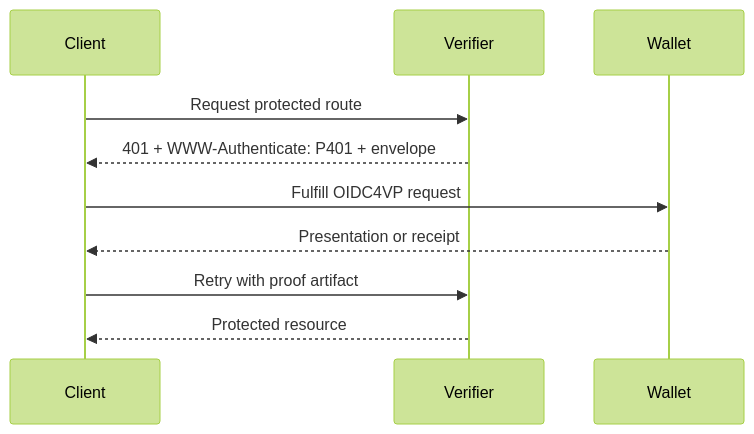
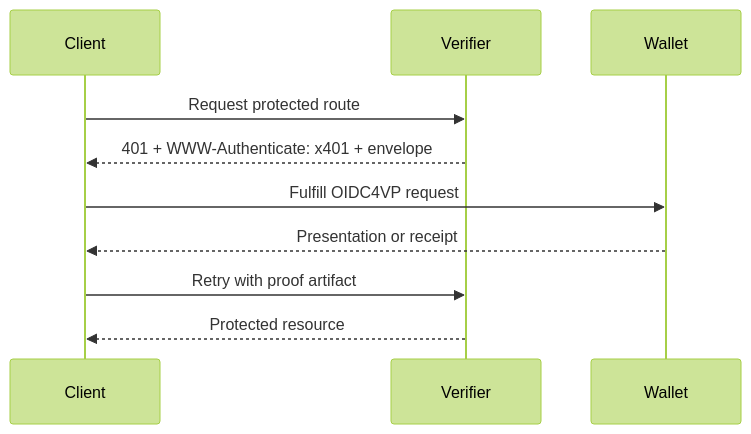
The first of 2 diagrams in spec.md (csuwildcat/P401), drawn with Mermaid (forest theme) before and after one commit. The commit also changed other lines of this file and 15 other files, not shown here.

````diff
--- a/spec.md
+++ b/spec.md
@@ -120,12 +120,12 @@
 ```mermaid
 sequenceDiagram
     participant Client
     participant Verifier
     participant Wallet
     Client->>Verifier: Request protected route
-    Verifier-->>Client: 401 + WWW-Authenticate: P401 + envelope
+    Verifier-->>Client: 401 + WWW-Authenticate: x401 + envelope
     Client->>Wallet: Fulfill OIDC4VP request
     Wallet-->>Client: Presentation or receipt
     Client->>Verifier: Retry with proof artifact
     Verifier-->>Client: Protected resource
 ```
````
